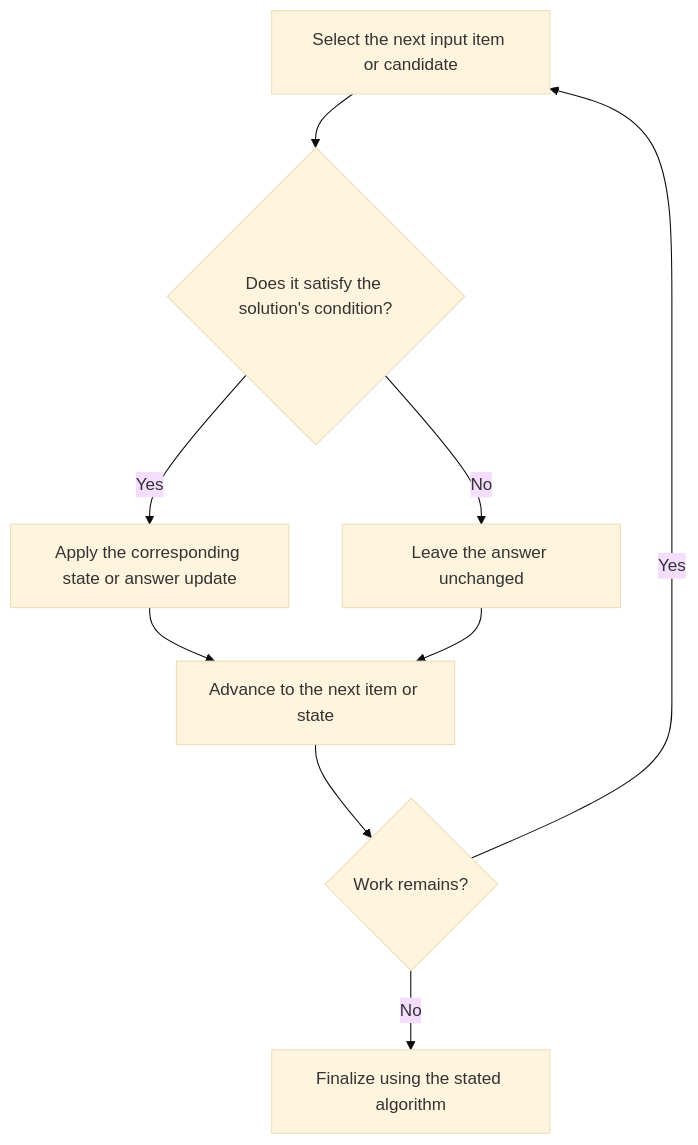
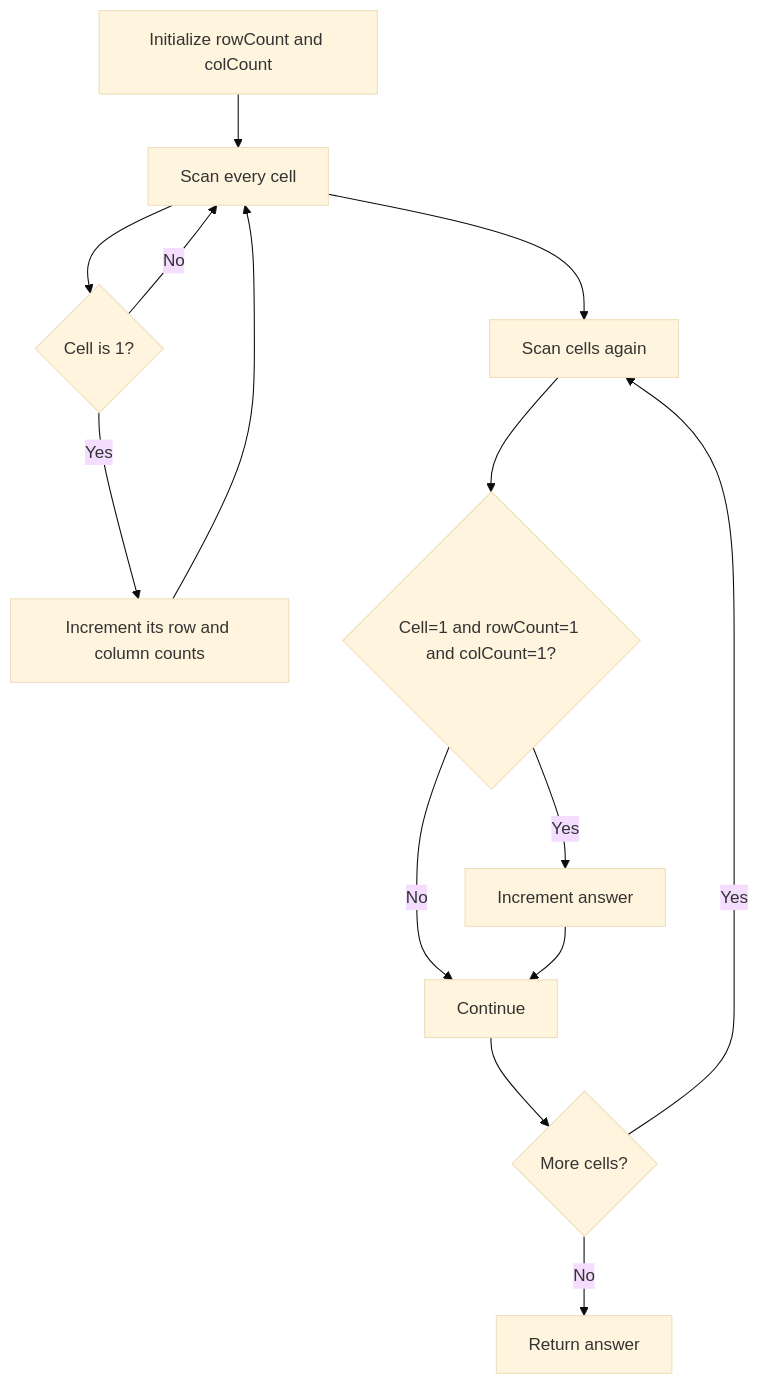
The diagram in LeetCode/1582/README.md (SAIDEEPBHANGE/C-CPP-Codes), drawn with Mermaid (base theme) before and after one commit. The commit also changed other lines of this file and 196 other files, not shown here.

````diff
--- a/LeetCode/1582/README.md
+++ b/LeetCode/1582/README.md
@@ -43,11 +29,16 @@
 ```mermaid
 flowchart TD
-    A[Select the next input item or candidate] --> B{Does it satisfy the solution's condition?}
-    B -- Yes --> C[Apply the corresponding state or answer update]
-    B -- No --> D[Leave the answer unchanged]
-    C --> E[Advance to the next item or state]
-    D --> E
-    E --> F{Work remains?}
-    F -- Yes --> A
-    F -- No --> G[Finalize using the stated algorithm]
+    A[Initialize rowCount and colCount] --> B[Scan every cell]
+    B --> C{Cell is 1?}
+    C -- Yes --> D[Increment its row and column counts]
+    C -- No --> B
+    D --> B
+    B --> E[Scan cells again]
+    E --> F{Cell=1 and rowCount=1 and colCount=1?}
+    F -- Yes --> G[Increment answer]
+    F -- No --> H[Continue]
+    G --> H
+    H --> I{More cells?}
+    I -- Yes --> E
+    I -- No --> J[Return answer]
 ```
````
